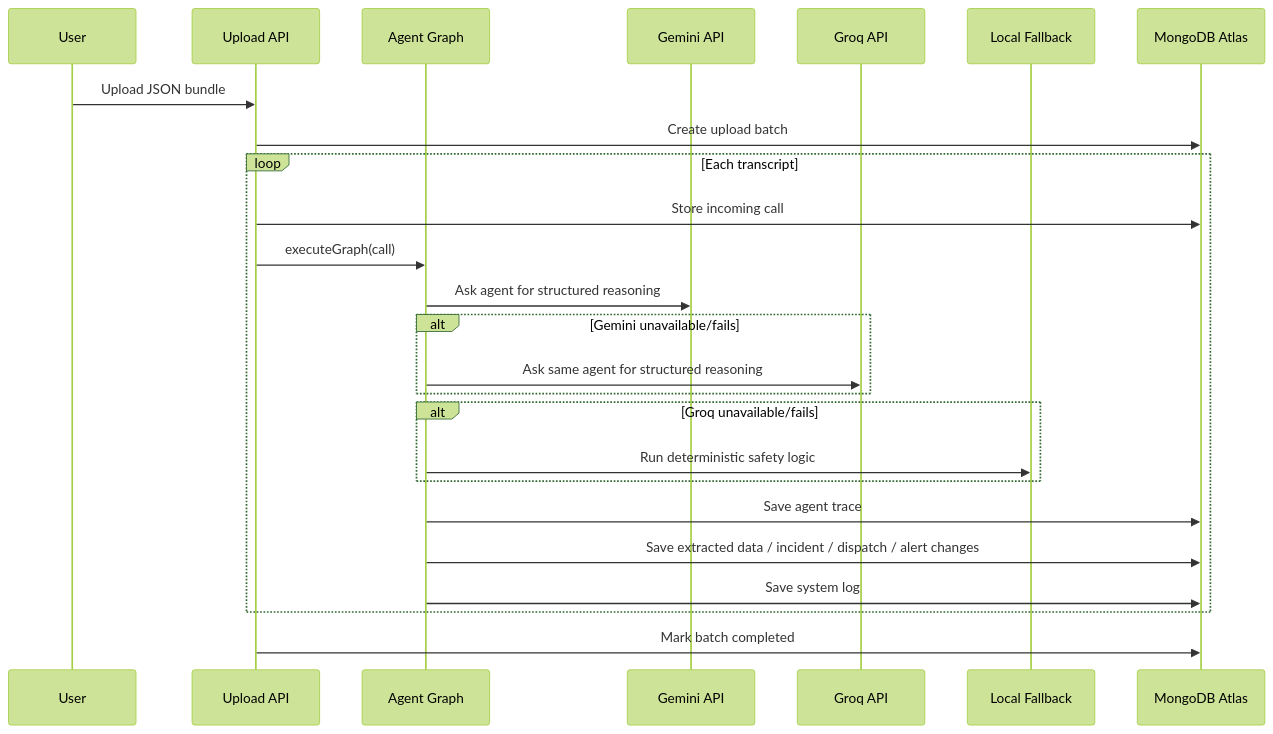
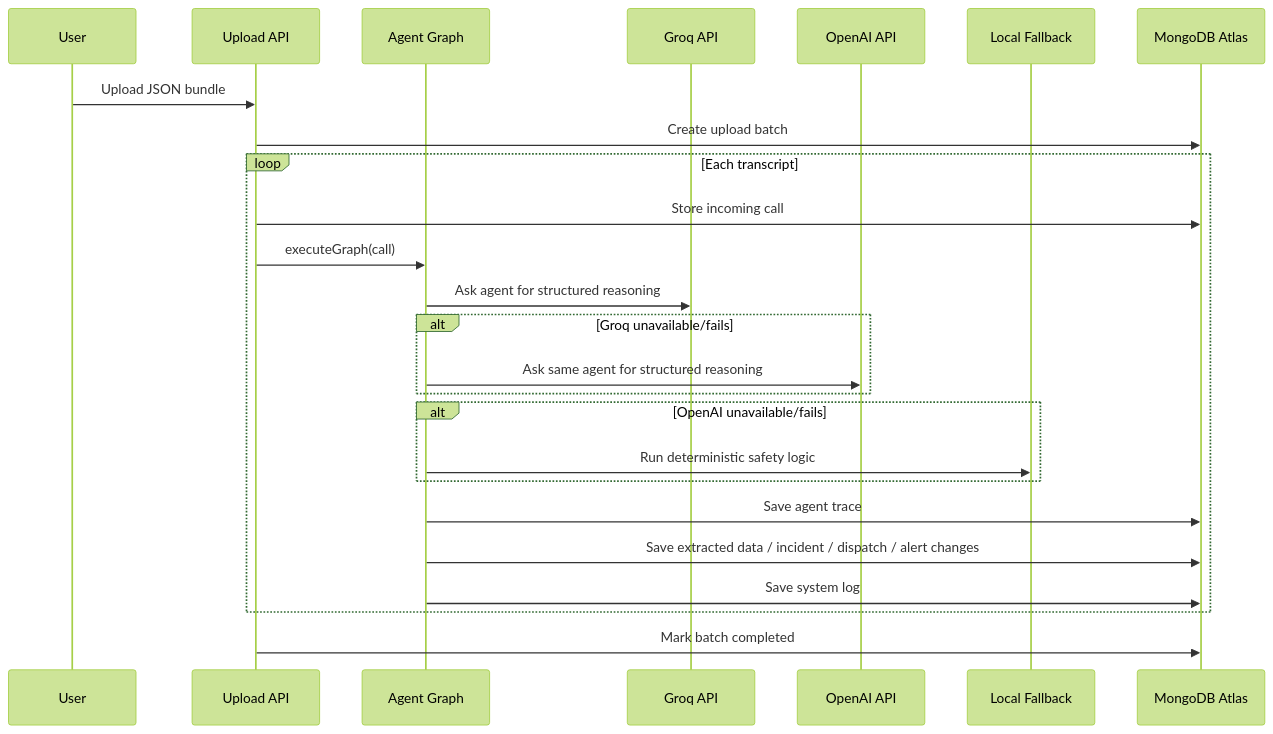
Before and after one commit to Jag2007/CrisisWeave: the second of 3 diagrams in docs/SYSTEM_ARCHITECTURE.md, drawn with Mermaid (forest theme). The commit also changed other lines of this file and 34 other files, not shown here.

````diff
--- a/docs/SYSTEM_ARCHITECTURE.md
+++ b/docs/SYSTEM_ARCHITECTURE.md
@@ -54,28 +54,28 @@
 ```mermaid
 sequenceDiagram
   participant U as User
   participant API as Upload API
   participant G as Agent Graph
-  participant Gemini as Gemini API
   participant Groq as Groq API
+  participant OpenAI as OpenAI API
   participant Fallback as Local Fallback
   participant DB as MongoDB Atlas
 
   U->>API: Upload JSON bundle
   API->>DB: Create upload batch
   loop Each transcript
     API->>DB: Store incoming call
     API->>G: executeGraph(call)
-    G->>Gemini: Ask agent for structured reasoning
-    alt Gemini unavailable/fails
-      G->>Groq: Ask same agent for structured reasoning
+    G->>Groq: Ask agent for structured reasoning
+    alt Groq unavailable/fails
+      G->>OpenAI: Ask same agent for structured reasoning
     end
-    alt Groq unavailable/fails
+    alt OpenAI unavailable/fails
       G->>Fallback: Run deterministic safety logic
     end
     G->>DB: Save agent trace
     G->>DB: Save extracted data / incident / dispatch / alert changes
     G->>DB: Save system log
   end
   API->>DB: Mark batch completed
 ```
````
